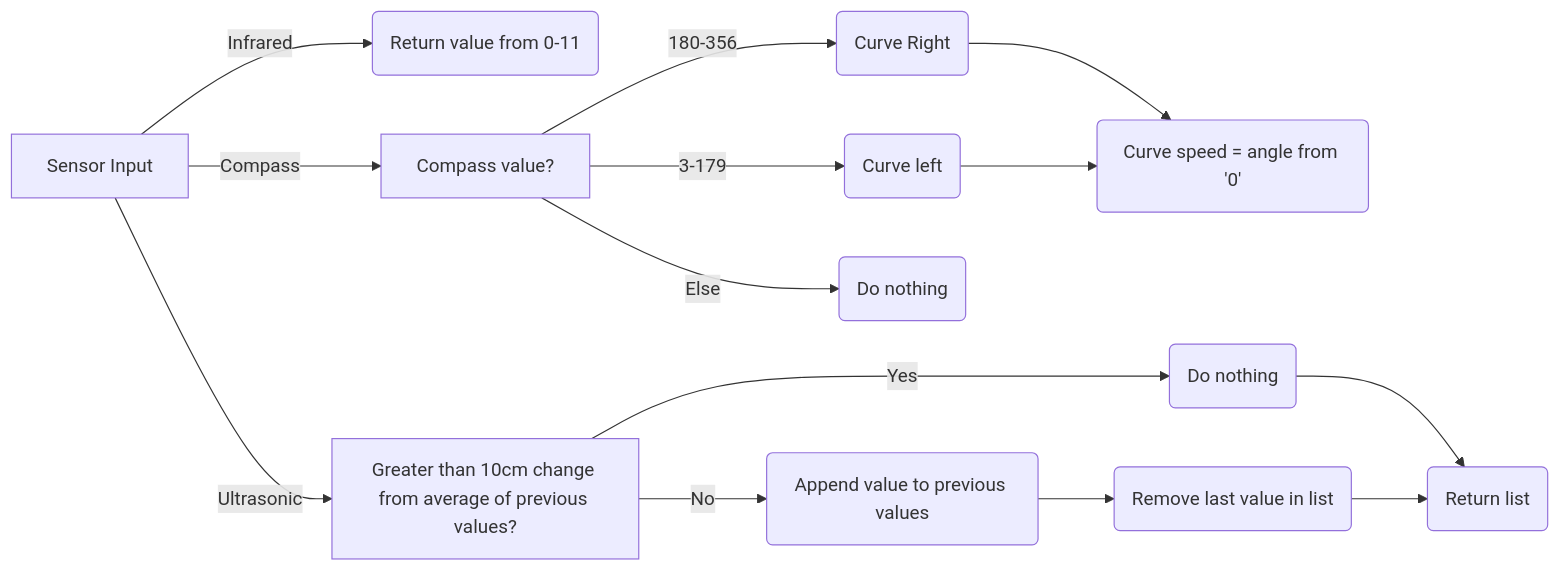
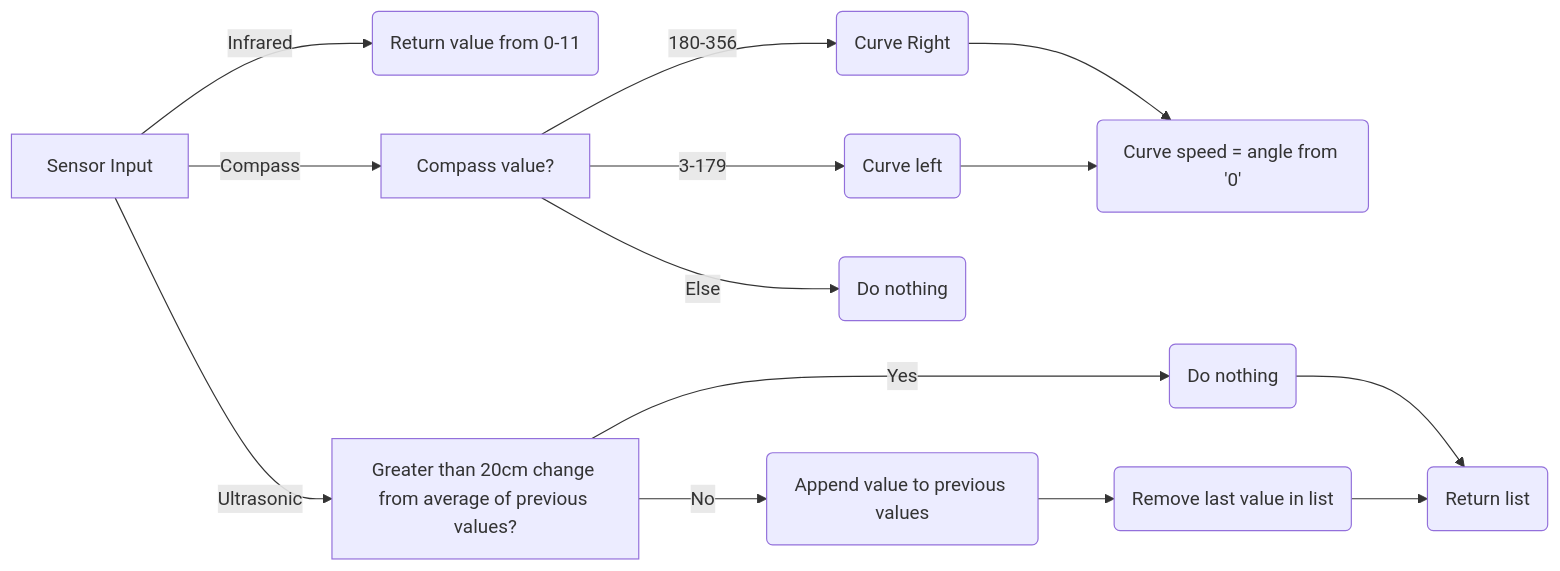
One commit to denyahnov/rc2022 changed the second of 2 diagrams in EngineeringNotebook.md. Above: the diagram before and after it, drawn with Mermaid.

````diff
--- a/EngineeringNotebook.md
+++ b/EngineeringNotebook.md
@@ -73,16 +73,16 @@
 ```mermaid
 graph LR
 input[Sensor Input] -- Infrared --> IrInput(Return value from 0-11)
 input -- Compass --> cInput[Compass value?]
 cInput -- 3-179 --> left(Curve left)
 cInput -- 180-356 --> right(Curve Right)
 cInput -- Else --> straight(Do nothing)
 right --> formula(Curve speed = angle from '0')
 left --> formula
-input -- Ultrasonic --> question[Greater than 10cm change from average of previous values?]
+input -- Ultrasonic --> question[Greater than 20cm change from average of previous values?]
 question -- Yes --> dont(Do nothing)
 question -- No --> do(Append value to previous values)
 do --> remove(Remove last value in list)
 dont --> returnUltrasonic(Return list)
 remove--> returnUltrasonic
 ```
````
